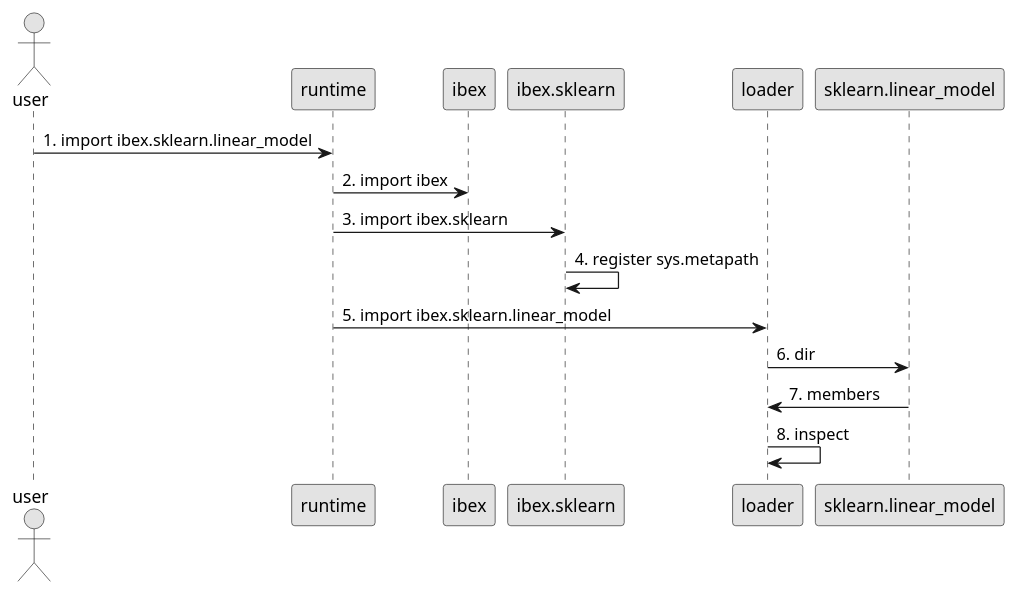
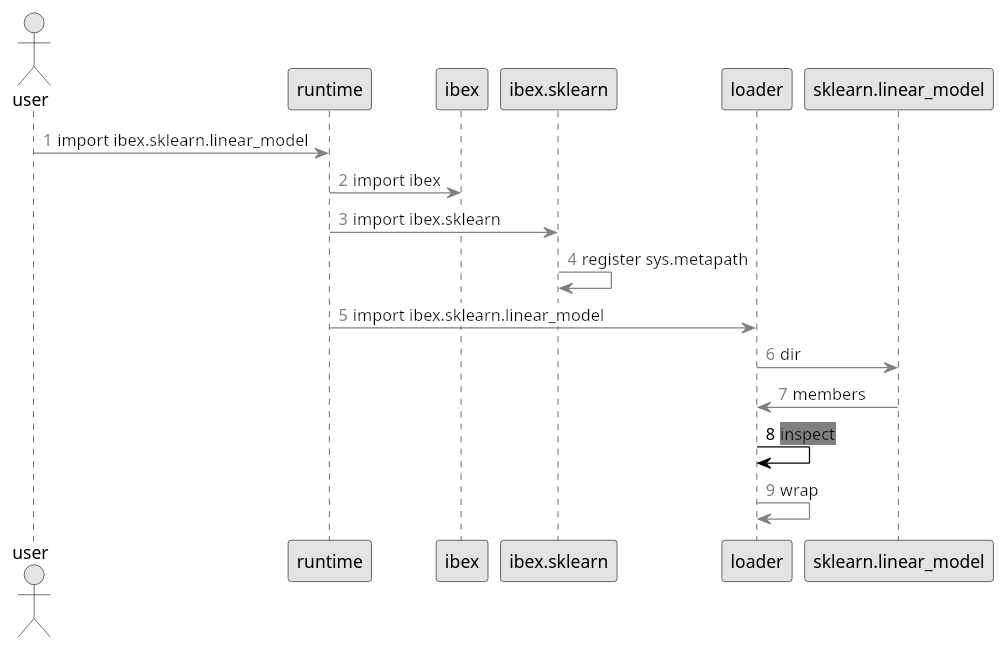
The diagram in ibex_pres/import_seq_8.plantuml (atavory/atavory.github.io), drawn with PlantUML before and after one commit. The commit also changed 6 other files, not shown here.

```diff
--- a/ibex_pres/import_seq_8.plantuml
+++ b/ibex_pres/import_seq_8.plantuml
@@ -1,17 +1,27 @@
 @startuml
 
 skinparam monochrome true
 skinparam shadowing false
 
 actor user
 
-user -> runtime: 1. import ibex.sklearn.linear_model
-runtime -> ibex: 2. import ibex
-runtime -> ibex.sklearn: 3. import ibex.sklearn
-ibex.sklearn -> ibex.sklearn: 4. register sys.metapath
-runtime -> loader: 5. import ibex.sklearn.linear_model
-loader -> sklearn.linear_model: 6. dir
-sklearn.linear_model -> loader: 7. members
-loader -> loader: 8. inspect
+autonumber 1 "<font color=grey>"
+user -[#grey]> runtime: <back:white>import ibex.sklearn.linear_model</back>
+autonumber 2 "<font color=grey>"
+runtime -[#grey]> ibex: <back:white>import ibex</back>
+autonumber 3 "<font color=grey>"
+runtime -[#grey]> ibex.sklearn: <back:white>import ibex.sklearn</back>
+autonumber 4 "<font color=grey>"
+ibex.sklearn -[#grey]> ibex.sklearn: <back:white>register sys.metapath</back>
+autonumber 5 "<font color=grey>"
+runtime -[#grey]> loader: <back:white>import ibex.sklearn.linear_model</back>
+autonumber 6 "<font color=grey>"
+loader -[#grey]> sklearn.linear_model: <back:white>dir</back>
+autonumber 7 "<font color=grey>"
+sklearn.linear_model -[#grey]> loader: <back:white>members</back>
+autonumber 8 "<font color=black>"
+loader -[#black]> loader: <back:grey>inspect</back>
+autonumber 9 "<font color=grey>"
+loader -[#grey]> loader: <back:white>wrap</back>
 
 @enduml
```
